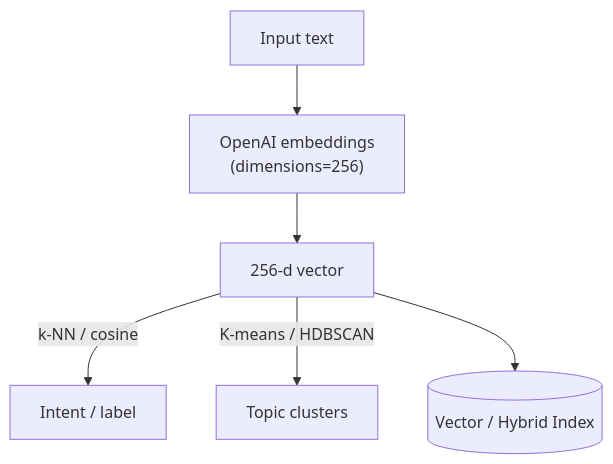
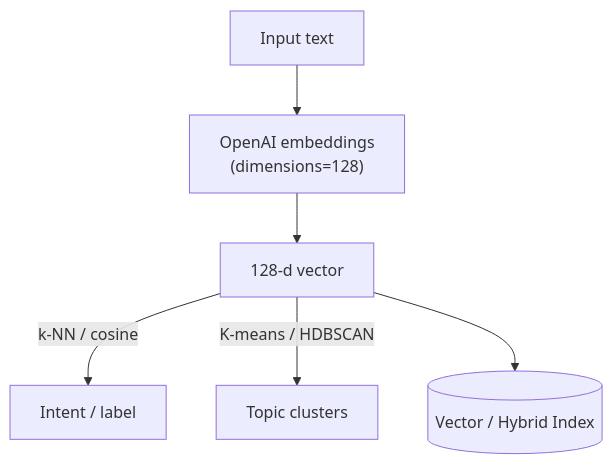
One commit to dmitry-buykin/llm-lab-katas changed the seventh of 9 diagrams in 6-patterns.md. Above: the diagram before and after it, drawn with Mermaid. The commit also changed other lines of this file, not shown here.

````diff
--- a/6-patterns.md
+++ b/6-patterns.md
@@ -252,8 +214,8 @@
 ```mermaid
 flowchart TD
-    RawText["Input text"] --> Embed["OpenAI embeddings\n(dimensions=256)"]
-    Embed --> LowDimVec["256-d vector"]
+    RawText["Input text"] --> Embed["OpenAI embeddings\n(dimensions=128)"]
+    Embed --> LowDimVec["128-d vector"]
     LowDimVec -->|k-NN / cosine| Classifier["Intent / label"]
     LowDimVec -->|K-means / HDBSCAN| Clusterer["Topic clusters"]
     LowDimVec --> Index[(Vector / Hybrid Index)]
 ```
````
